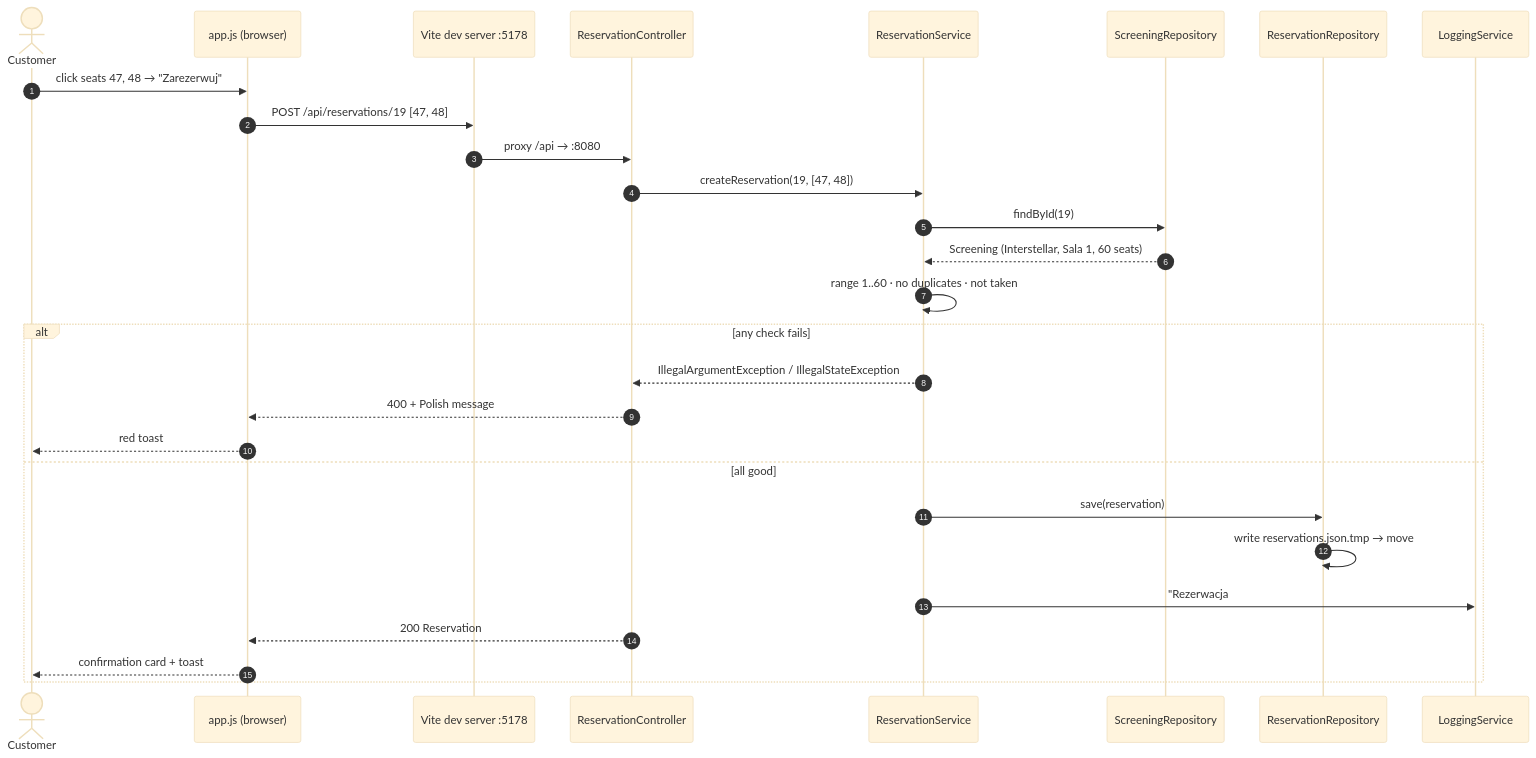
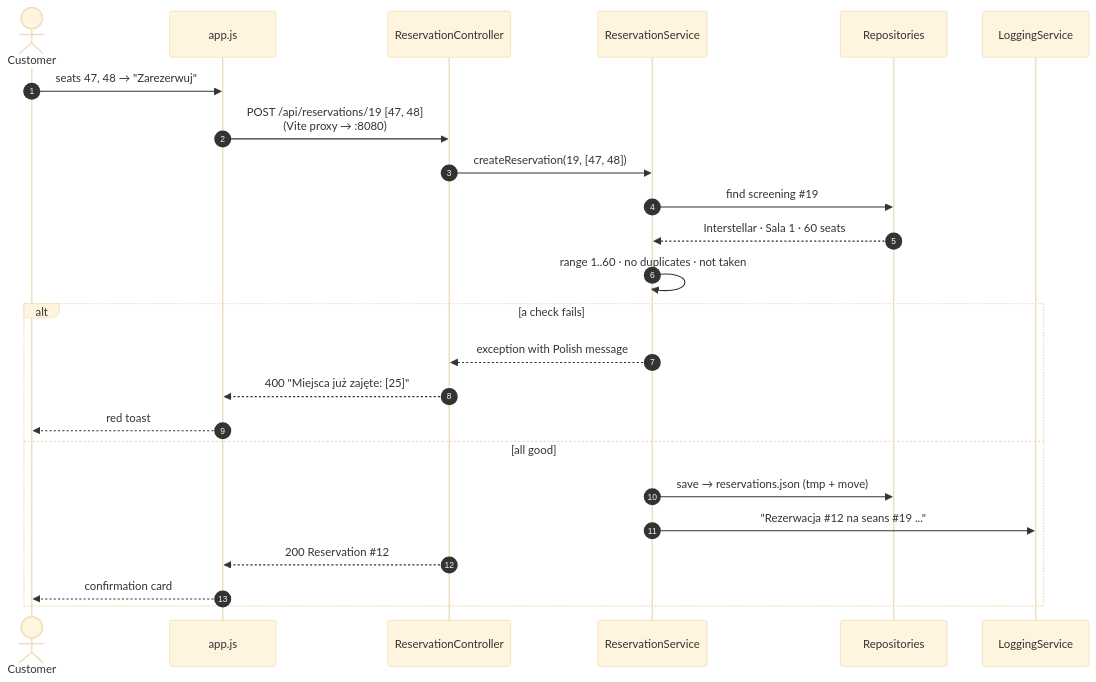
The first of 3 diagrams in README.md (Nurek54/Cinema_Booking_System), drawn with Mermaid (base theme) before and after one commit. The commit also changed other lines of this file, not shown here.

Commit message:
docs: tidy README badges, project tree and booking diagram

````diff
--- a/README.md
+++ b/README.md
@@ -232,31 +232,27 @@
 ```mermaid
 sequenceDiagram
     autonumber
     actor U as Customer
-    participant FE as app.js (browser)
-    participant V as Vite dev server :5178
-    participant RC as ReservationController
-    participant RS as ReservationService
-    participant SR as ScreeningRepository
-    participant RR as ReservationRepository
+    participant FE as app.js
+    participant C as ReservationController
+    participant S as ReservationService
+    participant R as Repositories
     participant L as LoggingService
 
-    U->>FE: click seats 47, 48 → "Zarezerwuj"
-    FE->>V: POST /api/reservations/19  [47, 48]
-    V->>RC: proxy /api → :8080
-    RC->>RS: createReservation(19, [47, 48])
-    RS->>SR: findById(19)
-    SR-->>RS: Screening (Interstellar, Sala 1, 60 seats)
-    RS->>RS: range 1..60 · no duplicates · not taken
-    alt any check fails
-        RS-->>RC: IllegalArgumentException / IllegalStateException
-        RC-->>FE: 400 + Polish message
+    U->>FE: seats 47, 48 → "Zarezerwuj"
+    FE->>C: POST /api/reservations/19 [47, 48]<br/>(Vite proxy → :8080)
+    C->>S: createReservation(19, [47, 48])
+    S->>R: find screening #35;19
+    R-->>S: Interstellar · Sala 1 · 60 seats
+    S->>S: range 1..60 · no duplicates · not taken
+    alt a check fails
+        S-->>C: exception with Polish message
+        C-->>FE: 400 "Miejsca już zajęte: [25]"
         FE-->>U: red toast
     else all good
-        RS->>RR: save(reservation)
-        RR->>RR: write reservations.json.tmp → move
-        RS->>L: "Rezerwacja #12 na seans #19, miejsca: [47, 48]"
-        RC-->>FE: 200 Reservation #12
-        FE-->>U: confirmation card + toast
+        S->>R: save → reservations.json (tmp + move)
+        S->>L: "Rezerwacja #35;12 na seans #35;19 ..."
+        C-->>FE: 200 Reservation #35;12
+        FE-->>U: confirmation card
     end
 ```
````
